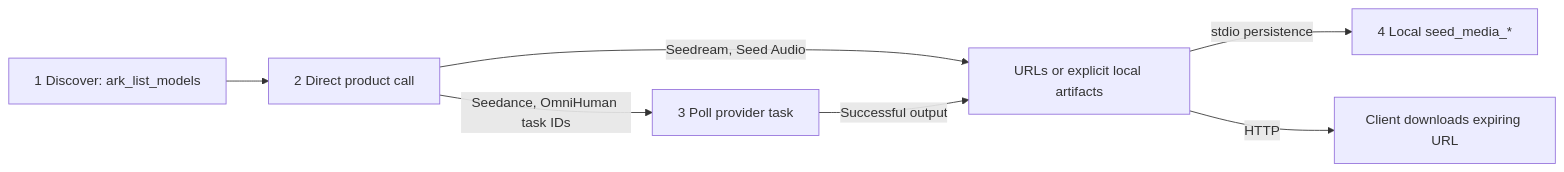
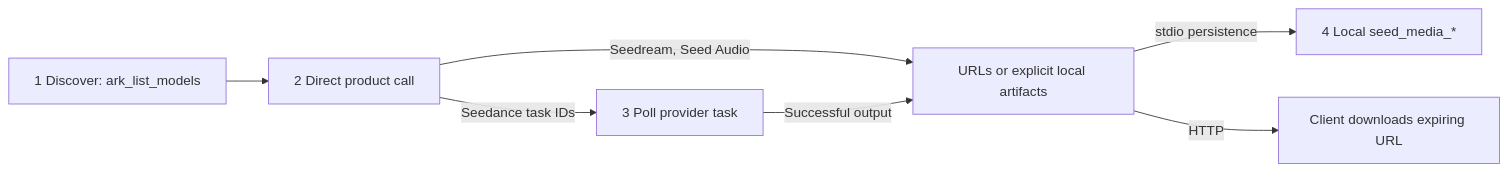
Before and after one commit to byteplus-sa/seed-mcp: the diagram in .agents/skills/ark-mcp/SKILL.md, drawn with Mermaid. The commit also changed other lines of this file and 113 other files, not shown here.

First line of the commit message:
refactor!: remove OmniHuman support and credentials

````diff
--- a/.agents/skills/ark-mcp/SKILL.md
+++ b/.agents/skills/ark-mcp/SKILL.md
@@ -52,9 +51,9 @@
 ```mermaid
 flowchart LR
     discover["1 Discover: ark_list_models"] --> create["2 Direct product call"]
-    create -->|"Seedance, OmniHuman task IDs"| poll["3 Poll provider task"]
+    create -->|"Seedance task IDs"| poll["3 Poll provider task"]
     create -->|"Seedream, Seed Audio"| output["URLs or explicit local artifacts"]
     poll -->|"Successful output"| output
     output -->|"stdio persistence"| artifacts["4 Local seed_media_*"]
     output -->|"HTTP"| download["Client downloads expiring URL"]
 ```
````
